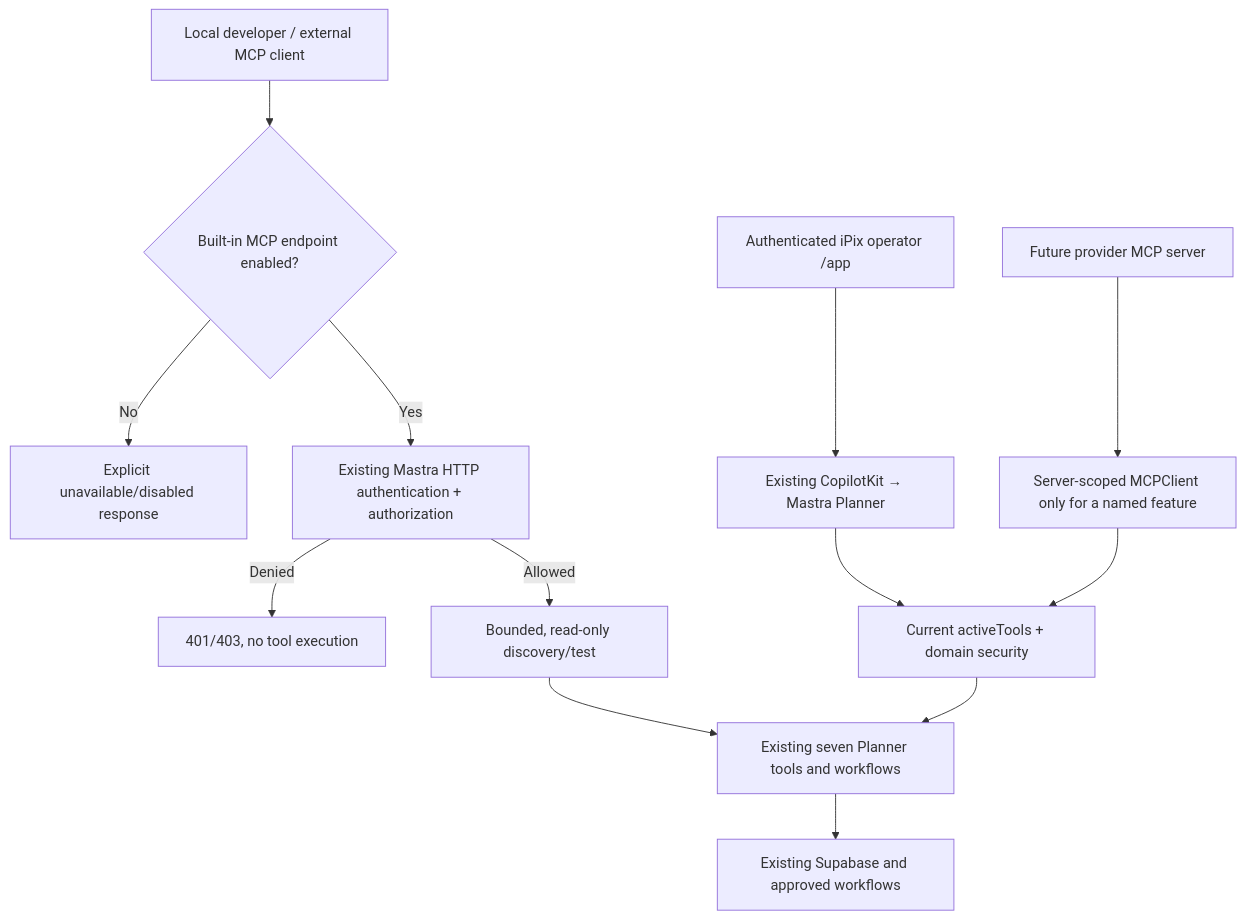
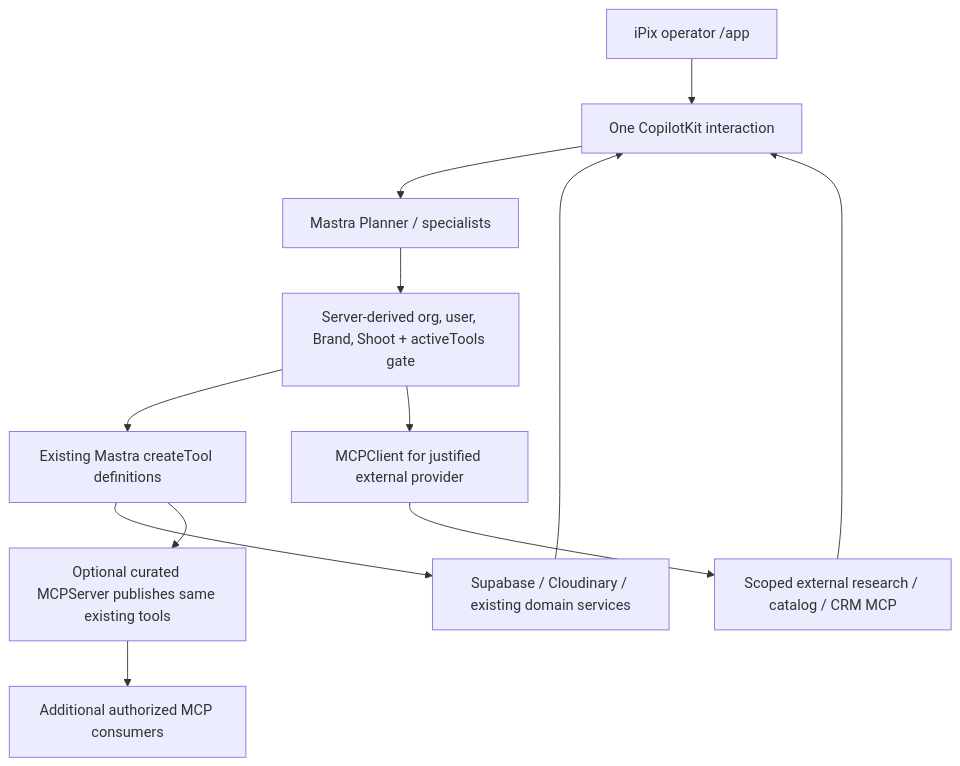
One commit to amoai-tech/ipixai changed the diagram in docs/copilotkit-mastra/mcp/README.md. Above: the diagram before and after it, drawn with Mermaid. The commit also changed other lines of this file and 3 other files, not shown here.

Commit message:
docs(mastra): prioritize MCP features for iPix product agents

```diff
--- a/docs/copilotkit-mastra/mcp/README.md
+++ b/docs/copilotkit-mastra/mcp/README.md
@@ -37,15 +41,14 @@
 ~~~mermaid
 flowchart TD
-  D["Local developer / external MCP client"] --> B{"Built-in MCP endpoint enabled?"}
-  B -->|"No"| X["Explicit unavailable/disabled response"]
-  B -->|"Yes"| T["Existing Mastra HTTP authentication + authorization"]
-  T -->|"Denied"| Z["401/403, no tool execution"]
-  T -->|"Allowed"| R["Bounded, read-only discovery/test"]
-  R --> I["Existing seven Planner tools and workflows"]
-  O["Authenticated iPix operator /app"] --> N["Existing CopilotKit → Mastra Planner"]
-  N --> G["Current activeTools + domain security"]
-  G --> I
-  I --> S["Existing Supabase and approved workflows"]
-  E["Future provider MCP server"] --> C["Server-scoped MCPClient only for a named feature"]
-  C --> G
+  U["iPix operator /app"] --> UI["One CopilotKit interaction"]
+  UI --> P["Mastra Planner / specialists"]
+  P --> G["Server-derived org, user, Brand, Shoot + activeTools gate"]
+  G --> A["Existing Mastra createTool definitions"]
+  A --> D["Supabase / Cloudinary / existing domain services"]
+  G --> X["MCPClient for justified external provider"]
+  X --> Z["Scoped external research / catalog / CRM MCP"]
+  A --> S["Optional curated MCPServer publishes same existing tools"]
+  S --> E["Additional authorized MCP consumers"]
+  D --> UI
+  Z --> UI
 ~~~
```
